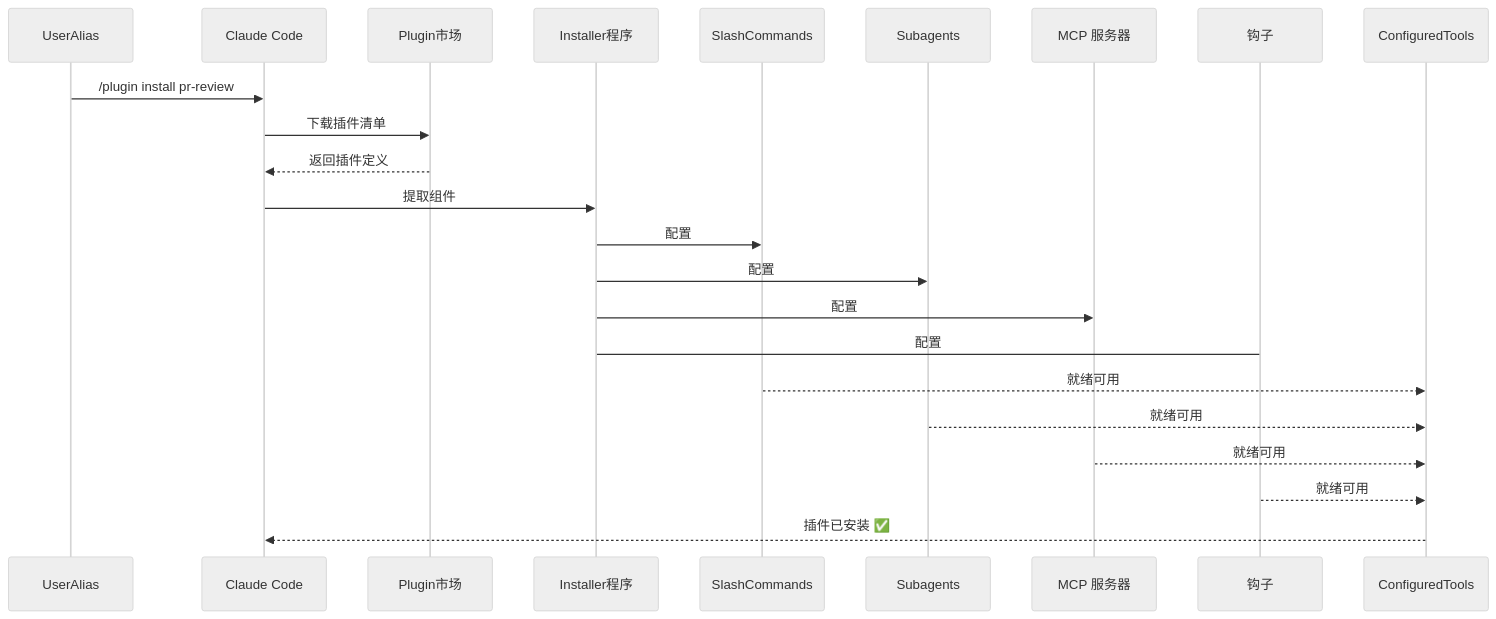
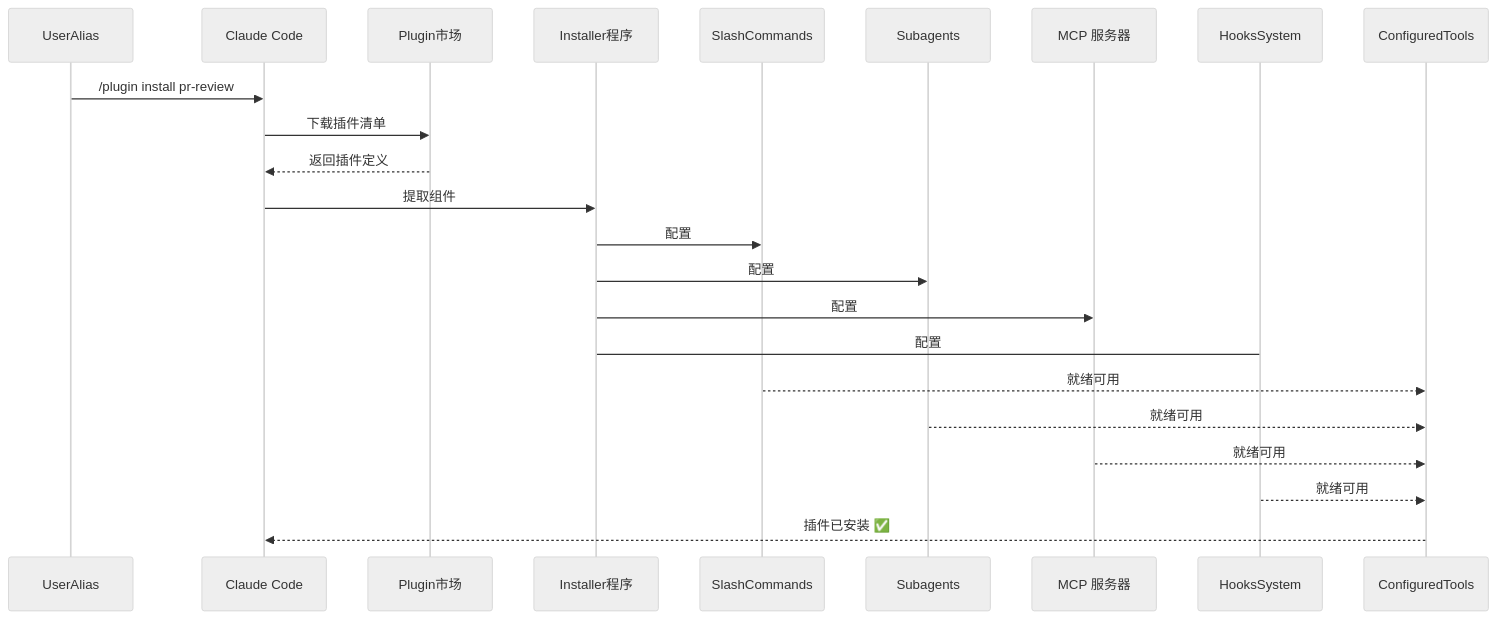
One commit to Rx782-Fss/claude-howto-zh changed the second of 5 diagrams in 07-plugins/README.md. Above: the diagram before and after it, drawn with Mermaid (neutral theme). The commit also changed 1 other file, not shown here.

Commit message:
fix: 清除最后 3 处 sequenceDiagram as 中文别名

````diff
--- a/07-plugins/README.md
+++ b/07-plugins/README.md
@@ -34,26 +34,26 @@
 ```mermaid
 sequenceDiagram
     participant User as UserAlias
     participant Claude as Claude Code
     participant Plugin as Plugin市场
     participant Install as Installer程序
     participant SlashCmds as SlashCommands
     participant Subagents as Subagents
     participant MCPServers as MCP 服务器
-    participant Hooks as 钩子
+    participant Hooks as HooksSystem
     participant Tools as ConfiguredTools
 
     User->>Claude: /plugin install pr-review
     Claude->>Plugin: 下载插件清单
     Plugin-->>Claude: 返回插件定义
     Claude->>Install: 提取组件
     Install->>SlashCmds: 配置
     Install->>Subagents: 配置
     Install->>MCPServers: 配置
     Install->Hooks: 配置
     SlashCmds-->>Tools: 就绪可用
     Subagents-->>Tools: 就绪可用
     MCPServers-->>Tools: 就绪可用
     Hooks-->>Tools: 就绪可用
     Tools-->>Claude: 插件已安装 ✅
 ```
````
